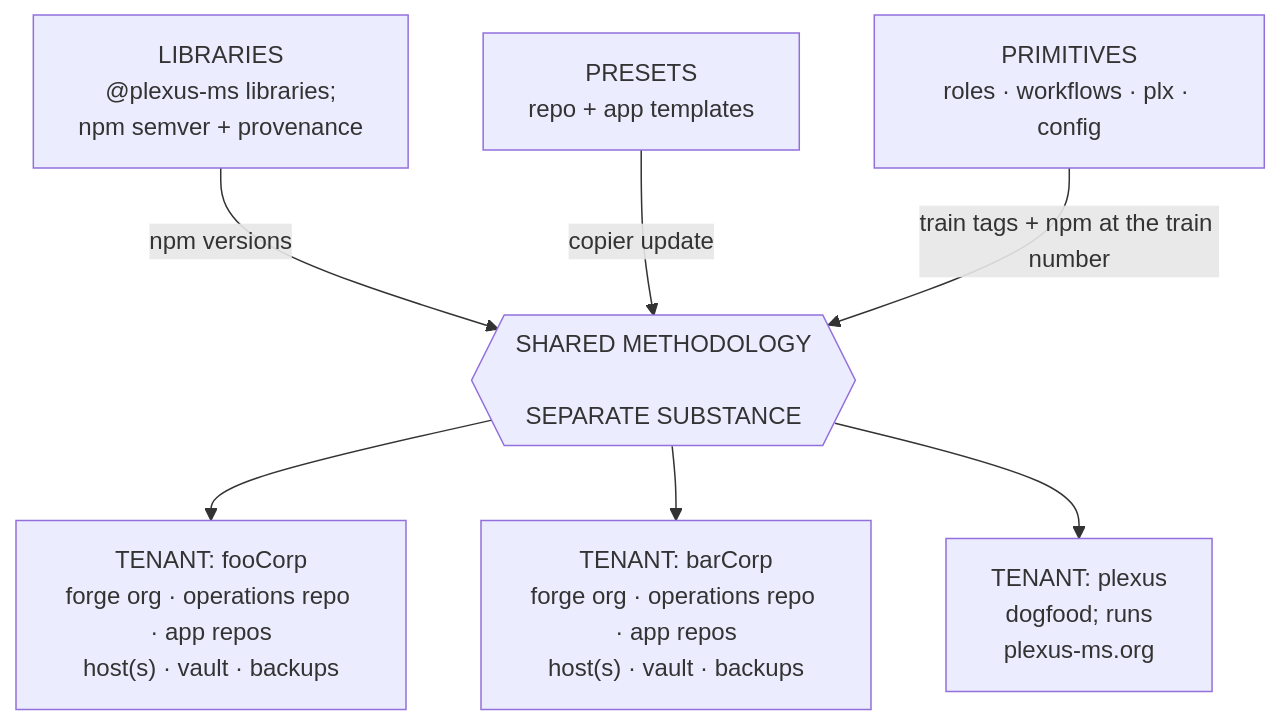
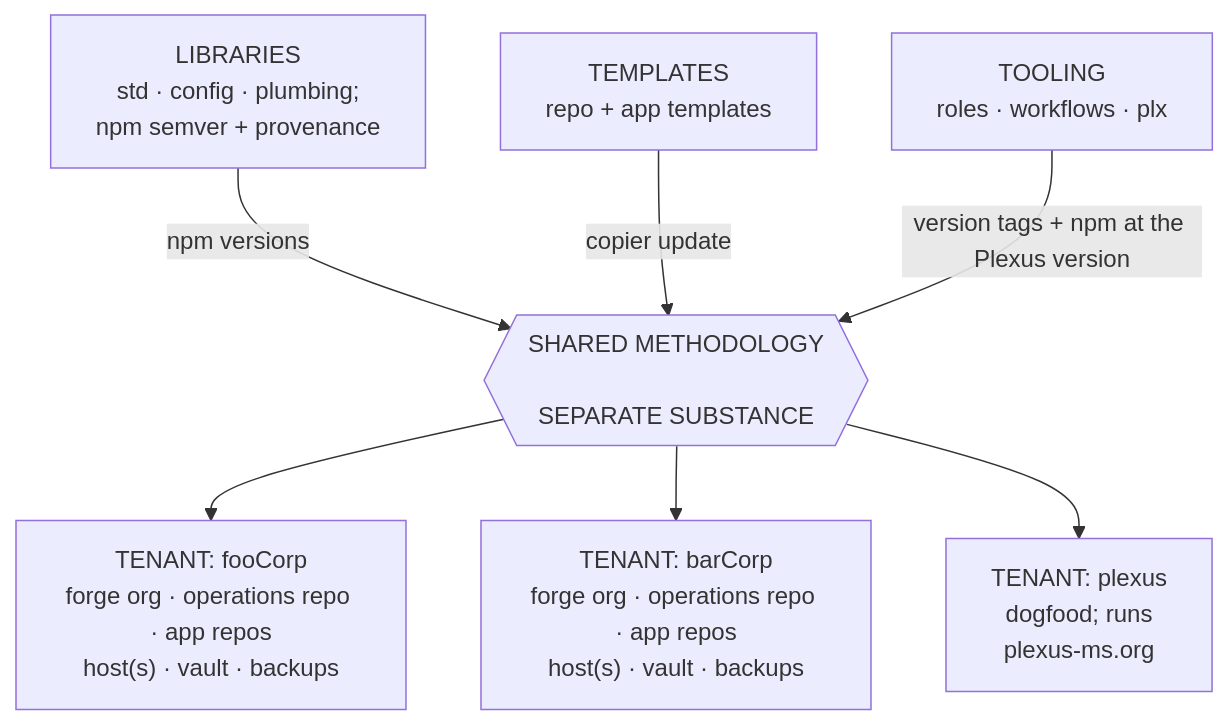
One commit to plexus-ms/compendium changed the diagram in essentials/standard.md. Above: the diagram before and after it, drawn with Mermaid. The commit also changed other lines of this file and 19 other files, not shown here.

First line of the commit message:
refactor!: the Plexus version, tooling and libraries, templates

````diff
--- a/essentials/standard.md
+++ b/essentials/standard.md
@@ -199,13 +220,13 @@
 ```mermaid
 flowchart TB
-  packages["LIBRARIES<br>@plexus-ms libraries;<br>npm semver + provenance"]
-  preset["PRESETS<br>repo + app templates"]
-  ops["PRIMITIVES<br>roles · workflows · plx · config"]
+  packages["LIBRARIES<br>std · config · plumbing;<br>npm semver + provenance"]
+  template["TEMPLATES<br>repo + app templates"]
+  ops["TOOLING<br>roles · workflows · plx"]
   boundary{{"SHARED METHODOLOGY<br><br>SEPARATE SUBSTANCE"}}
   packages -- "npm versions" --> boundary
-  preset -- "copier update" --> boundary
-  ops -- "train tags + npm at the train number" --> boundary
+  template -- "copier update" --> boundary
+  ops -- "version tags + npm at the Plexus version" --> boundary
   boundary --> acme["TENANT: fooCorp<br>forge org · operations repo · app repos<br>host(s) · vault · backups"]
   boundary --> initech["TENANT: barCorp<br>forge org · operations repo · app repos<br>host(s) · vault · backups"]
   boundary --> plexus["TENANT: plexus<br>dogfood; runs<br>plexus-ms.org"]
 ```
````
